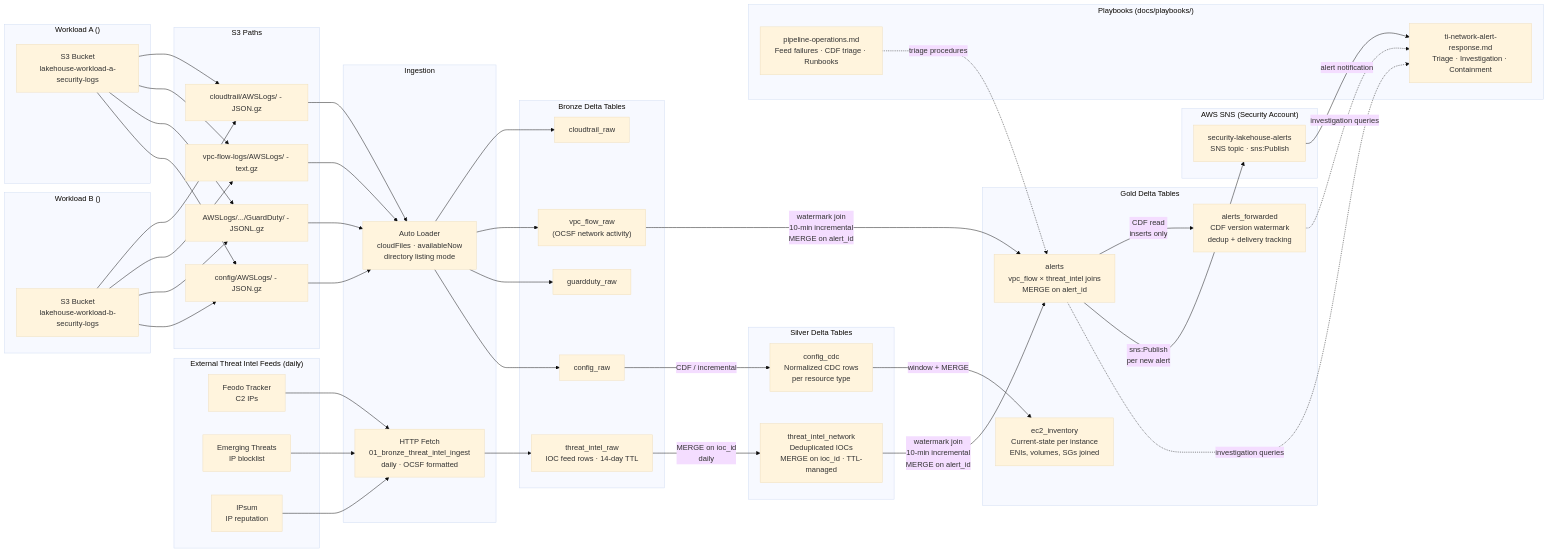
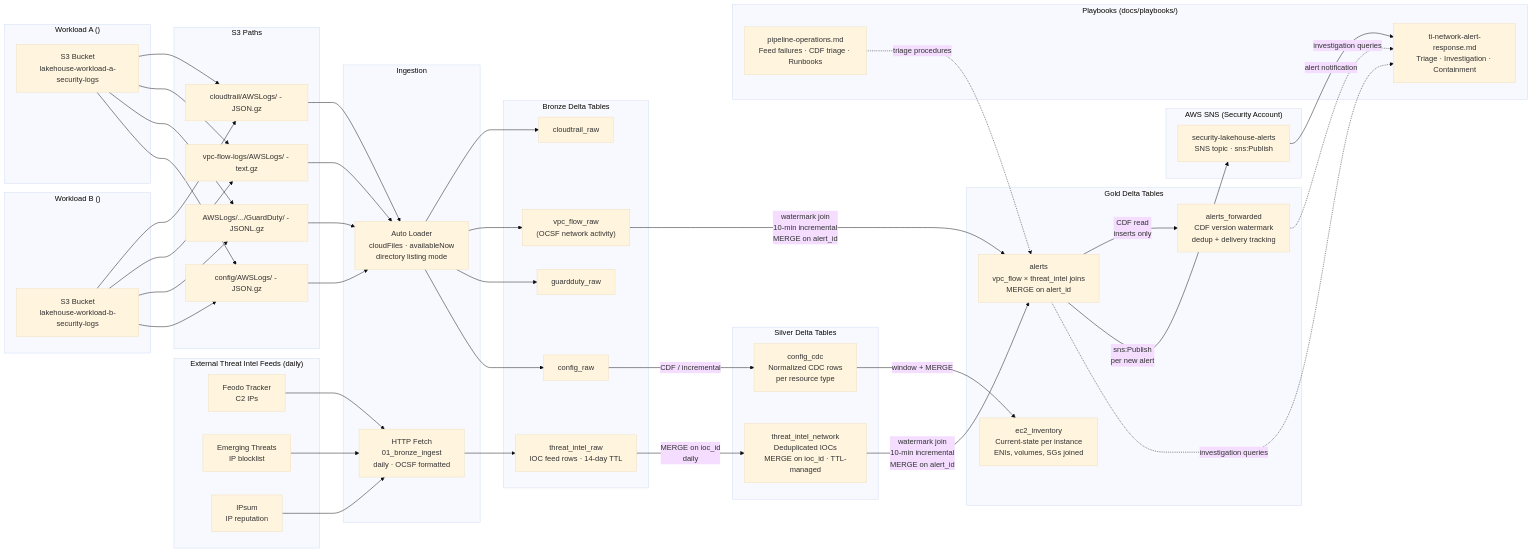
The diagram in diagrams/03_data_flow.mmd (snk5125/security-data-platform), drawn with Mermaid (base theme) before and after one commit. The commit also changed 3 other files, not shown here.

First line of the commit message:
docs: update architecture diagrams for multi-root Terraform structure

```diff
--- a/diagrams/03_data_flow.mmd
+++ b/diagrams/03_data_flow.mmd
@@ -1,93 +1,93 @@
 graph LR
     %% ── External threat intel feeds (fetched daily by HTTP) ──────────────────
     subgraph TI_FEEDS ["External Threat Intel Feeds (daily)"]
         FEODO["Feodo Tracker<br/>C2 IPs"]
         ET["Emerging Threats<br/>IP blocklist"]
         IPSUM["IPsum<br/>IP reputation"]
     end
 
     %% ── Workload account S3 log buckets ──────────────────────────────────────
     subgraph "Workload A (<WORKLOAD_A_ACCOUNT_ID>)"
         S3A["S3 Bucket<br/>lakehouse-workload-a-security-logs"]
     end
 
     subgraph "Workload B (<WORKLOAD_B_ACCOUNT_ID>)"
         S3B["S3 Bucket<br/>lakehouse-workload-b-security-logs"]
     end
 
     %% ── Ingestion layer ──────────────────────────────────────────────────────
     subgraph INGEST ["Ingestion"]
         AL["Auto Loader<br/>cloudFiles · availableNow<br/>directory listing mode"]
-        TI_FETCH["HTTP Fetch<br/>01_bronze_threat_intel_ingest<br/>daily · OCSF formatted"]
+        TI_FETCH["HTTP Fetch<br/>01_bronze_ingest<br/>daily · OCSF formatted"]
     end
 
     %% ── Bronze Delta tables (raw, append-only) ───────────────────────────────
     subgraph "Bronze Delta Tables"
         CT["cloudtrail_raw"]
         VF["vpc_flow_raw<br/>(OCSF network activity)"]
         GD["guardduty_raw"]
         CF["config_raw"]
         TIR["threat_intel_raw<br/>IOC feed rows · 14-day TTL"]
     end
 
     %% ── Silver Delta tables (normalized, deduplicated) ───────────────────────
     subgraph "Silver Delta Tables"
         CDC["config_cdc<br/>Normalized CDC rows<br/>per resource type"]
         TIN["threat_intel_network<br/>Deduplicated IOCs<br/>MERGE on ioc_id · TTL-managed"]
     end
 
     %% ── Gold Delta tables (correlated detections + inventory) ────────────────
     subgraph "Gold Delta Tables"
         EC2["ec2_inventory<br/>Current-state per instance<br/>ENIs, volumes, SGs joined"]
         ALERTS["alerts<br/>vpc_flow × threat_intel joins<br/>MERGE on alert_id"]
         AFWD["alerts_forwarded<br/>CDF version watermark<br/>dedup + delivery tracking"]
     end
 
     %% ── AWS SNS output ───────────────────────────────────────────────────────
     subgraph "AWS SNS (Security Account)"
         SNS["security-lakehouse-alerts<br/>SNS topic · sns:Publish"]
     end
 
     %% ── S3 log path labels ───────────────────────────────────────────────────
     subgraph "S3 Paths"
         P1["cloudtrail/AWSLogs/ - JSON.gz"]
         P2["vpc-flow-logs/AWSLogs/ - text.gz"]
         P3["AWSLogs/.../GuardDuty/ - JSONL.gz"]
         P4["config/AWSLogs/ - JSON.gz"]
     end
 
     %% ── Edges: workload S3 → Auto Loader → bronze ───────────────────────────
     S3A --> P1 & P2 & P3 & P4
     S3B --> P1 & P2 & P3 & P4
     P1 --> AL --> CT
     P2 --> AL --> VF
     P3 --> AL --> GD
     P4 --> AL --> CF
 
     %% ── Edges: TI feeds → bronze ─────────────────────────────────────────────
     FEODO & ET & IPSUM --> TI_FETCH --> TIR
 
     %% ── Edges: bronze → silver (Config CDC pipeline, daily) ─────────────────
     CF -->|"CDF / incremental"| CDC
     CDC -->|"window + MERGE"| EC2
 
     %% ── Edges: bronze → silver (TI pipeline, daily MERGE on ioc_id) ─────────
     TIR -->|"MERGE on ioc_id<br/>daily"| TIN
 
     %% ── Edges: silver + bronze → gold (VPC flow ingest, every 10 min) ───────
     VF & TIN -->|"watermark join<br/>10-min incremental<br/>MERGE on alert_id"| ALERTS
 
     %% ── Playbooks ────────────────────────────────────────────────────────────
     subgraph PLAYBOOKS ["Playbooks (docs/playbooks/)"]
         PB1["ti-network-alert-response.md<br/>Triage · Investigation · Containment"]
         PB2["pipeline-operations.md<br/>Feed failures · CDF triage · Runbooks"]
     end
 
     %% ── Edges: gold → forwarding (CDF-based, every 10 min) ──────────────────
     ALERTS -->|"CDF read<br/>inserts only"| AFWD
     ALERTS -->|"sns:Publish<br/>per new alert"| SNS
 
     %% ── Edges: SNS → analyst (playbook-guided response) ─────────────────────
     SNS -->|"alert notification"| PB1
     ALERTS & AFWD -.->|"investigation queries"| PB1
     PB2 -.->|"triage procedures"| ALERTS
```
